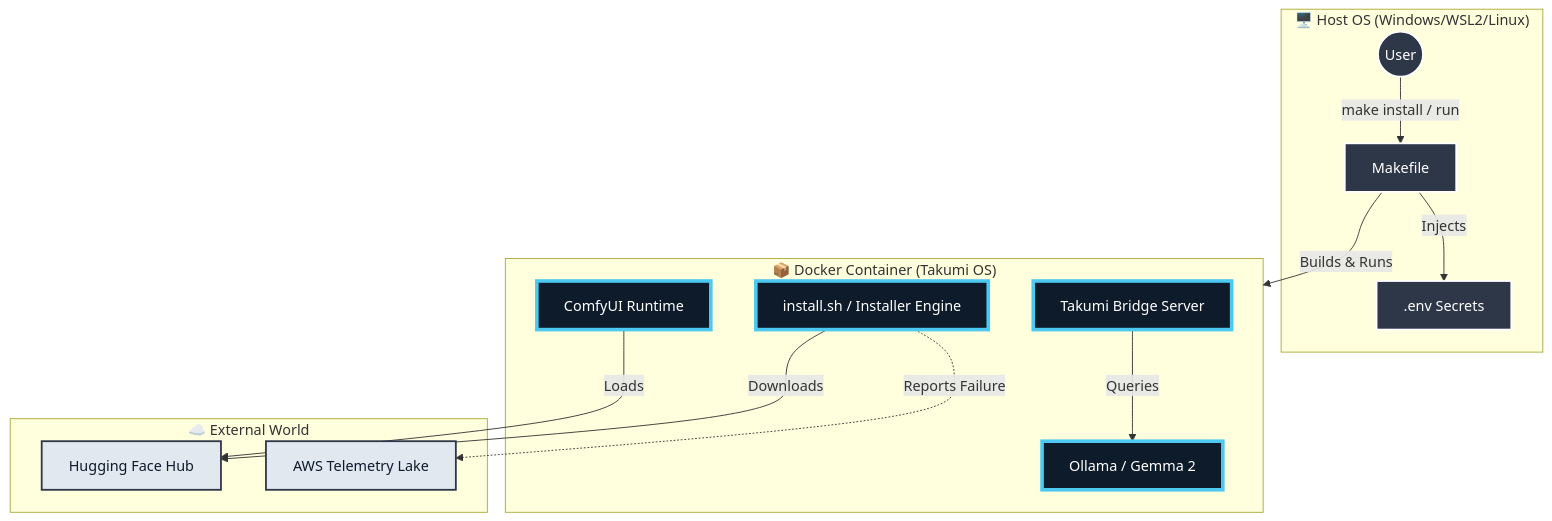
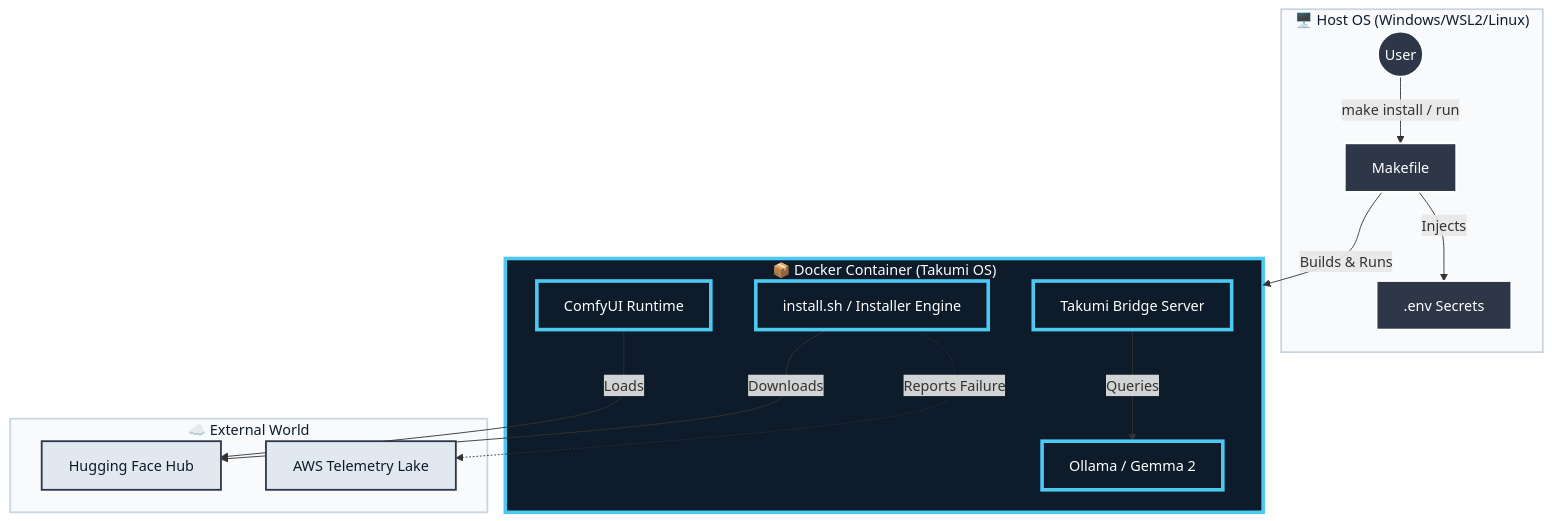
The first of 4 diagrams in architecture.md (roguelikeCode/takumi-comfyui-advisor), drawn with Mermaid before and after one commit. The commit also changed other lines of this file, not shown here.

Commit message:
chore(architecture.md): fix mermaid colors for github visibility

````diff
--- a/architecture.md
+++ b/architecture.md
@@ -12,39 +12,47 @@
 ```mermaid
 graph TD
     %% --- Styles ---
     %% Yamato Navy (#0d1b2a) & Takumi Cyan (#4cc9f0) & White (#ffffff)
     classDef host fill:#2d3748,stroke:#ffffff,stroke-width:2px,color:#ffffff;
     classDef container fill:#0d1b2a,stroke:#4cc9f0,stroke-width:4px,color:#ffffff;
     classDef cloud fill:#e2e8f0,stroke:#2d3748,stroke-width:2px,color:#0d1b2a;
+    
+    %% Subgraph Styling (To prevent default yellow)
+    classDef plain fill:#f8fafc,stroke:#cbd5e0,stroke-width:2px,color:#0d1b2a;
 
     subgraph Host ["🖥️ Host OS (Windows/WSL2/Linux)"]
         User((User))
         Make[Makefile]
         Dotenv[.env Secrets]
     end
 
     subgraph Docker ["📦 Docker Container (Takumi OS)"]
         Installer["install.sh / Installer Engine"]
         Runtime[ComfyUI Runtime]
         Brain[Ollama / Gemma 2]
         Bridge[Takumi Bridge Server]
     end
 
     subgraph Cloud ["☁️ External World"]
         HuggingFace[Hugging Face Hub]
         AWS[AWS Telemetry Lake]
     end
 
     User -->|make install / run| Make
     Make -->|Injects| Dotenv
     Make -->|Builds & Runs| Docker
     
     Installer -->|Downloads| HuggingFace
     Runtime -->|Loads| HuggingFace
     Bridge -->|Queries| Brain
     Installer -.->|Reports Failure| AWS
     
+    %% Apply Node Styles
     class User,Make,Dotenv host;
     class Installer,Runtime,Brain,Bridge container;
     class HuggingFace,AWS cloud;
+    
+    %% Apply Subgraph Styles (Critical Fix)
+    class Host,Cloud plain;
+    class Docker container; 
 ```
````
